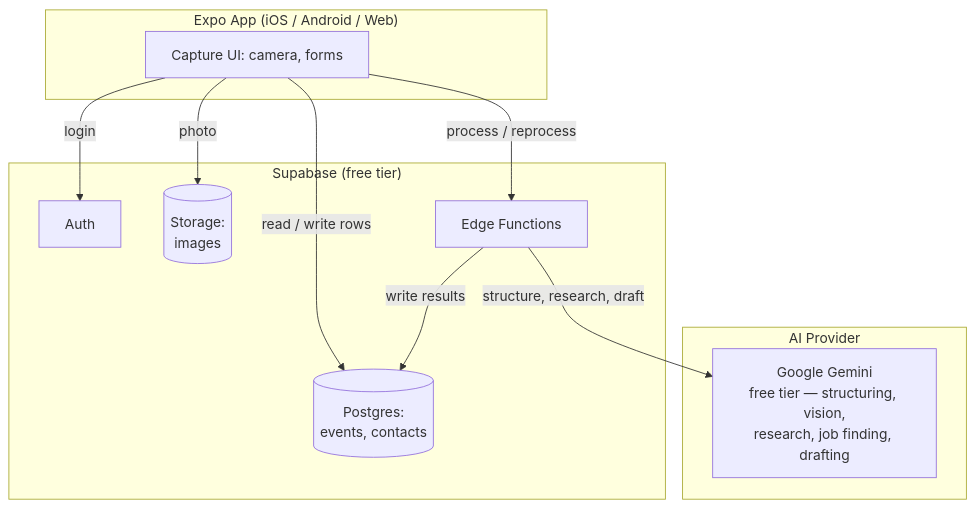
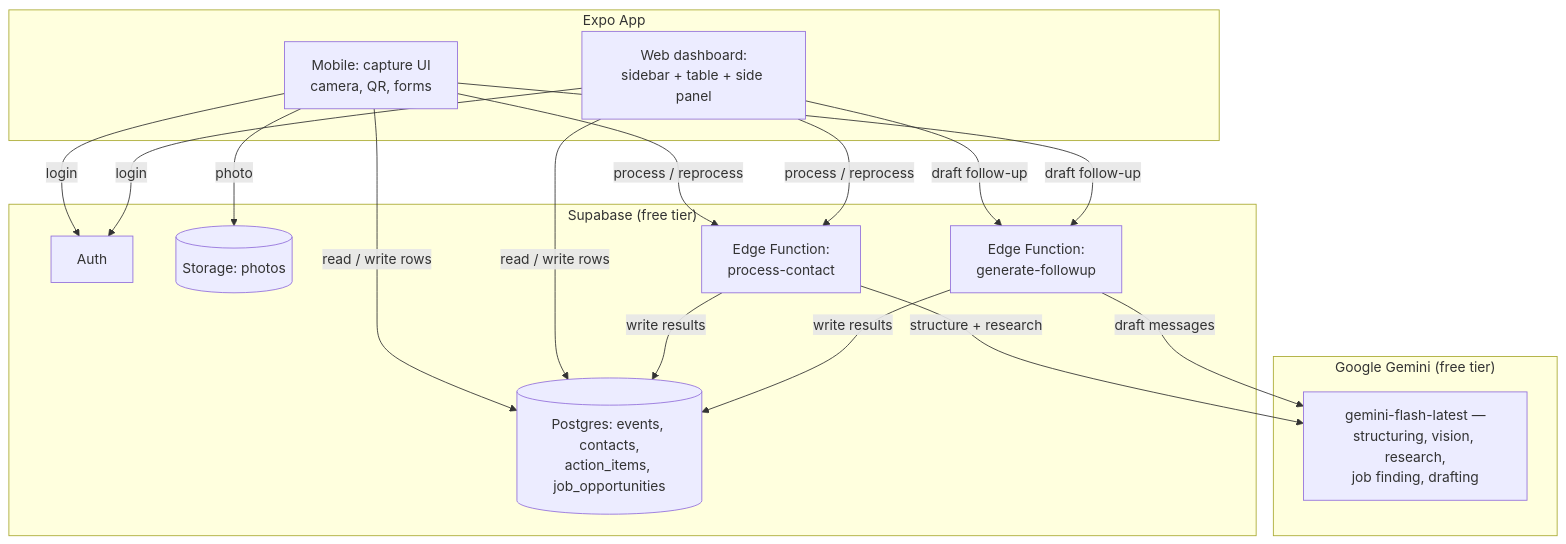
The diagram in README.md (SnehMistry/boothbuddy), drawn with Mermaid before and after one commit. The commit also changed other lines of this file and 1 other file, not shown here.

First line of the commit message:
Final README for resume: live demo link, updated architecture, setup

````diff
--- a/README.md
+++ b/README.md
@@ -70,24 +92,33 @@
 ```mermaid
 flowchart TD
-    subgraph Client["Expo App (iOS / Android / Web)"]
-        UI[Capture UI: camera, forms]
+    subgraph Client["Expo App"]
+        Mobile[Mobile: capture UI<br/>camera, QR, forms]
+        Web[Web dashboard:<br/>sidebar + table + side panel]
     end
 
     subgraph Supabase["Supabase (free tier)"]
         Auth[Auth]
-        DB[(Postgres:<br/>events, contacts)]
-        Storage[(Storage:<br/>images)]
-        Edge[Edge Functions]
+        DB[(Postgres: events, contacts,<br/>action_items, job_opportunities)]
+        Storage[(Storage: photos)]
+        Structure[Edge Function:<br/>process-contact]
+        Draft[Edge Function:<br/>generate-followup]
     end
 
-    subgraph AI["AI Provider"]
-        Gemini[Google Gemini<br/>free tier — structuring, vision,<br/>research, job finding, drafting]
+    subgraph AI["Google Gemini (free tier)"]
+        Gemini[gemini-flash-latest —<br/>structuring, vision, research,<br/>job finding, drafting]
     end
 
-    UI -->|photo| Storage
-    UI -->|read / write rows| DB
-    UI -->|login| Auth
-    UI -->|process / reprocess| Edge
-    Edge -->|structure, research, draft| Gemini
-    Edge -->|write results| DB
+    Mobile -->|photo| Storage
+    Mobile -->|read / write rows| DB
+    Web -->|read / write rows| DB
+    Mobile -->|login| Auth
+    Web -->|login| Auth
+    Mobile -->|process / reprocess| Structure
+    Web -->|process / reprocess| Structure
+    Web -->|draft follow-up| Draft
+    Mobile -->|draft follow-up| Draft
+    Structure -->|structure + research| Gemini
+    Draft -->|draft messages| Gemini
+    Structure -->|write results| DB
+    Draft -->|write results| DB
 ```
````
